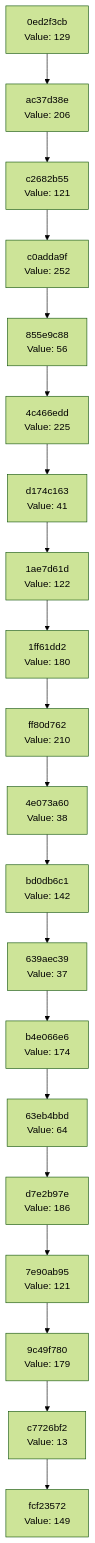
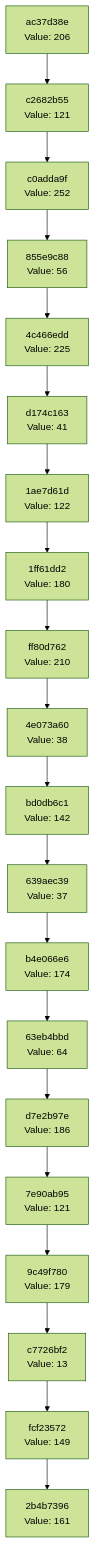
One commit to Abhisheksinha1506/hash-chain-evolver changed the diagram in docs/CHAIN_VISUALIZATION.md. Above: the diagram before and after it, drawn with Mermaid (forest theme). The commit also changed 3 other files, not shown here.

````diff
--- a/docs/CHAIN_VISUALIZATION.md
+++ b/docs/CHAIN_VISUALIZATION.md
@@ -3,42 +3,42 @@
 ```mermaid
 graph TD
-    C0["fcf23572<br/>Value: 149"]
-    C1["c7726bf2<br/>Value: 13"]
+    C0["2b4b7396<br/>Value: 161"]
+    C1["fcf23572<br/>Value: 149"]
     C1 --> C0
-    C2["9c49f780<br/>Value: 179"]
+    C2["c7726bf2<br/>Value: 13"]
     C2 --> C1
-    C3["7e90ab95<br/>Value: 121"]
+    C3["9c49f780<br/>Value: 179"]
     C3 --> C2
-    C4["d7e2b97e<br/>Value: 186"]
+    C4["7e90ab95<br/>Value: 121"]
     C4 --> C3
-    C5["63eb4bbd<br/>Value: 64"]
+    C5["d7e2b97e<br/>Value: 186"]
     C5 --> C4
-    C6["b4e066e6<br/>Value: 174"]
+    C6["63eb4bbd<br/>Value: 64"]
     C6 --> C5
-    C7["639aec39<br/>Value: 37"]
+    C7["b4e066e6<br/>Value: 174"]
     C7 --> C6
-    C8["bd0db6c1<br/>Value: 142"]
+    C8["639aec39<br/>Value: 37"]
     C8 --> C7
-    C9["4e073a60<br/>Value: 38"]
+    C9["bd0db6c1<br/>Value: 142"]
     C9 --> C8
-    C10["ff80d762<br/>Value: 210"]
+    C10["4e073a60<br/>Value: 38"]
     C10 --> C9
-    C11["1ff61dd2<br/>Value: 180"]
+    C11["ff80d762<br/>Value: 210"]
     C11 --> C10
-    C12["1ae7d61d<br/>Value: 122"]
+    C12["1ff61dd2<br/>Value: 180"]
     C12 --> C11
-    C13["d174c163<br/>Value: 41"]
+    C13["1ae7d61d<br/>Value: 122"]
     C13 --> C12
-    C14["4c466edd<br/>Value: 225"]
+    C14["d174c163<br/>Value: 41"]
     C14 --> C13
-    C15["855e9c88<br/>Value: 56"]
+    C15["4c466edd<br/>Value: 225"]
     C15 --> C14
-    C16["c0adda9f<br/>Value: 252"]
+    C16["855e9c88<br/>Value: 56"]
     C16 --> C15
-    C17["c2682b55<br/>Value: 121"]
+    C17["c0adda9f<br/>Value: 252"]
     C17 --> C16
-    C18["ac37d38e<br/>Value: 206"]
+    C18["c2682b55<br/>Value: 121"]
     C18 --> C17
-    C19["0ed2f3cb<br/>Value: 129"]
+    C19["ac37d38e<br/>Value: 206"]
     C19 --> C18
 ```
````
